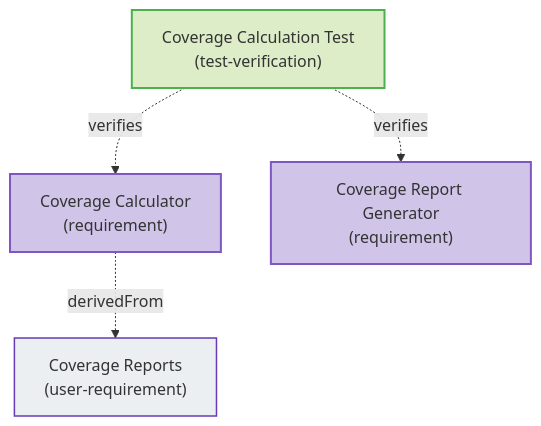
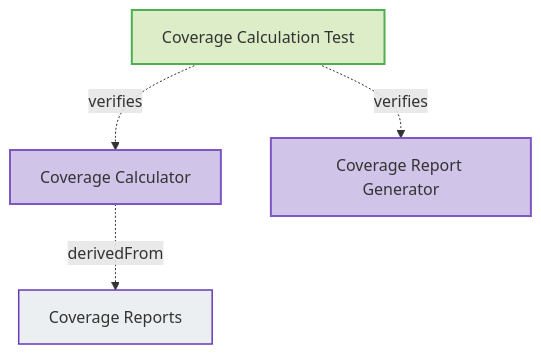
One commit to reqvire-org/reqvire changed the fourth of 6 diagrams in tests/test-verification-traces/expected_redundant_output.md. Above: the diagram before and after it, drawn with Mermaid. The commit also changed other lines of this file and 137 other files, not shown here.

First line of the commit message:
Add attachment display to diagrams and fix navigation button removal

````diff
--- a/tests/test-verification-traces/expected_redundant_output.md
+++ b/tests/test-verification-traces/expected_redundant_output.md
@@ -90,20 +90,20 @@
 ```mermaid
 graph TD
   classDef userRequirement fill:#D1C4E9,stroke:#7E57C2,stroke-width:2px;
   classDef systemRequirement fill:#E1D8EE,stroke:#673AB7,stroke-width:1.5px;
   classDef requirement fill:#ECEFF1,stroke:#673AB7,stroke-width:1.5px;
   classDef verified fill:#D1C4E9,stroke:#7E57C2,stroke-width:2px;
   classDef verification fill:#DCEDC8,stroke:#4CAF50,stroke-width:2px;
 
-  28383c90c121c4a5["Coverage Calculation Test<br>(test-verification)"]:::verification
+  28383c90c121c4a5["Coverage Calculation Test"]:::verification
   click 28383c90c121c4a5 "specifications/Verifications/Tests.md#coverage-calculation-test";
-  4dc56d6383b230df["Coverage Calculator<br>(requirement)"]:::verified
+  4dc56d6383b230df["Coverage Calculator"]:::verified
   click 4dc56d6383b230df "specifications/SystemRequirements.md#coverage-calculator";
   28383c90c121c4a5 -.->|verifies| 4dc56d6383b230df;
-  a1b39797065ef491["Coverage Reports<br>(user-requirement)"]:::requirement
+  a1b39797065ef491["Coverage Reports"]:::requirement
   click a1b39797065ef491 "specifications/UserRequirements.md#coverage-reports";
   4dc56d6383b230df -.->|derivedFrom| a1b39797065ef491;
-  21afc68bc3823e3b["Coverage Report Generator<br>(requirement)"]:::verified
+  21afc68bc3823e3b["Coverage Report Generator"]:::verified
   click 21afc68bc3823e3b "specifications/SystemRequirements.md#coverage-report-generator";
   28383c90c121c4a5 -.->|verifies| 21afc68bc3823e3b;
 ```
````
